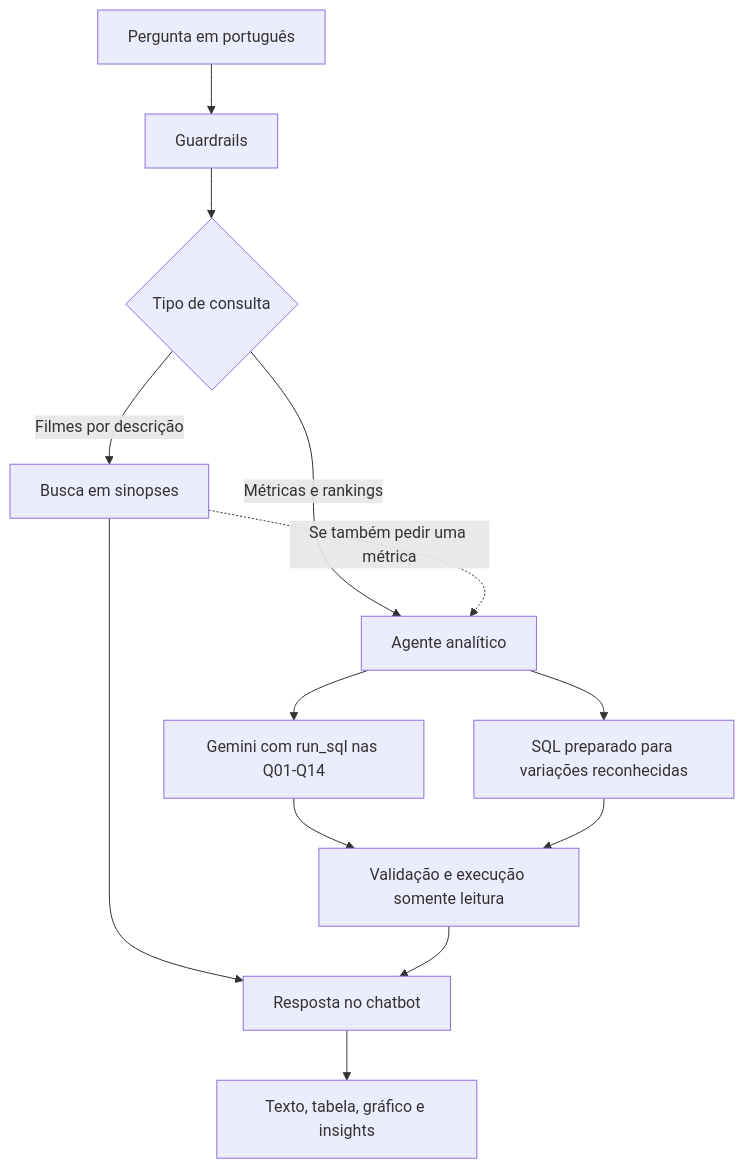
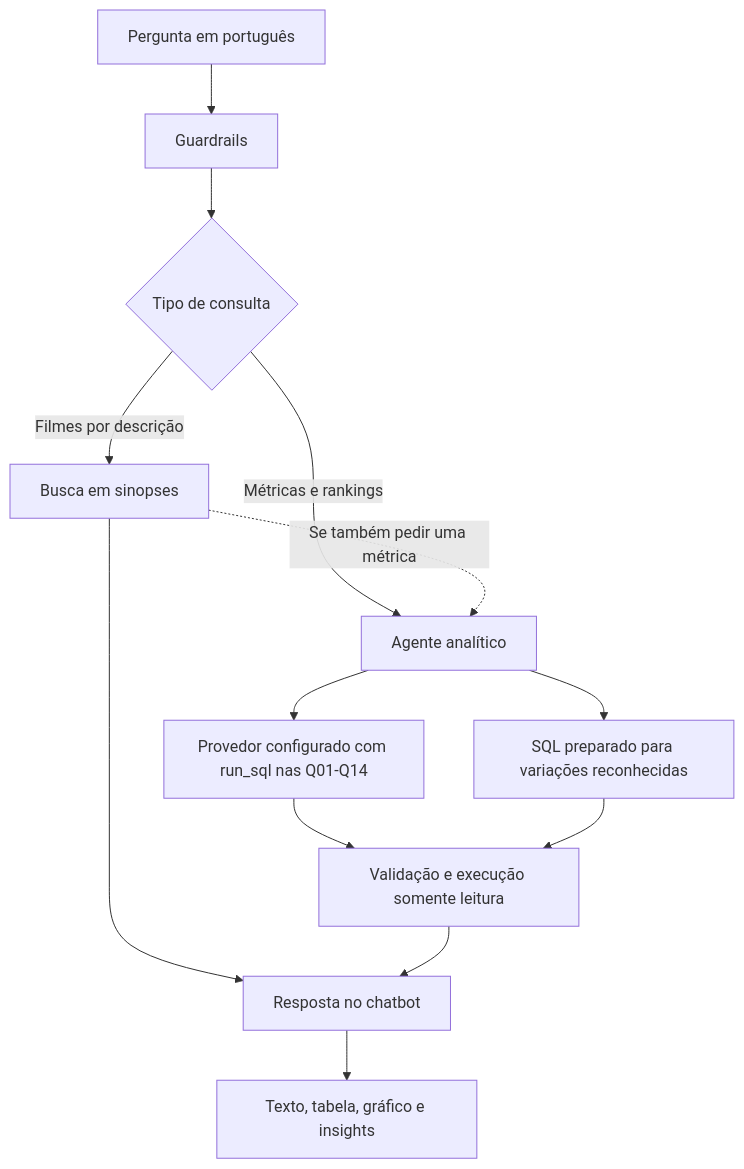
Before and after one commit to GuilhermeRangel1/CineData-GenAi: the first of 2 diagrams in README.md, drawn with Mermaid. The commit also changed other lines of this file and 7 other files, not shown here.

````diff
--- a/README.md
+++ b/README.md
@@ -41,15 +41,15 @@
 ```mermaid
 flowchart TB
     Q[Pergunta em português] --> G[Guardrails]
     G --> R{Tipo de consulta}
     R -->|Filmes por descrição| S[Busca em sinopses]
     R -->|Métricas e rankings| A[Agente analítico]
     S -.->|Se também pedir uma métrica| A
-    A --> M[Gemini com run_sql nas Q01-Q14]
+    A --> M[Provedor configurado com run_sql nas Q01-Q14]
     A --> P[SQL preparado para variações reconhecidas]
     M --> V[Validação e execução somente leitura]
     P --> V
     S --> F[Resposta no chatbot]
     V --> F
     F --> O[Texto, tabela, gráfico e insights]
 ```
````
